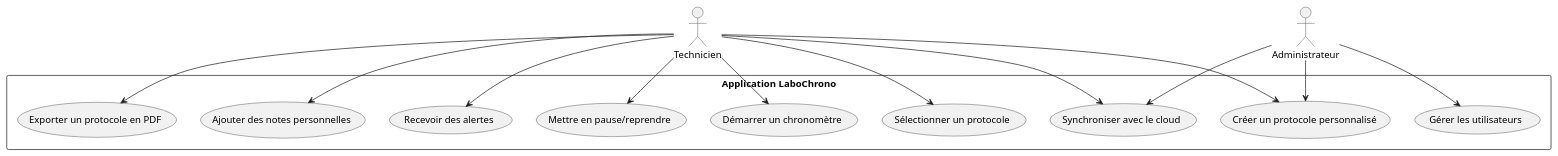
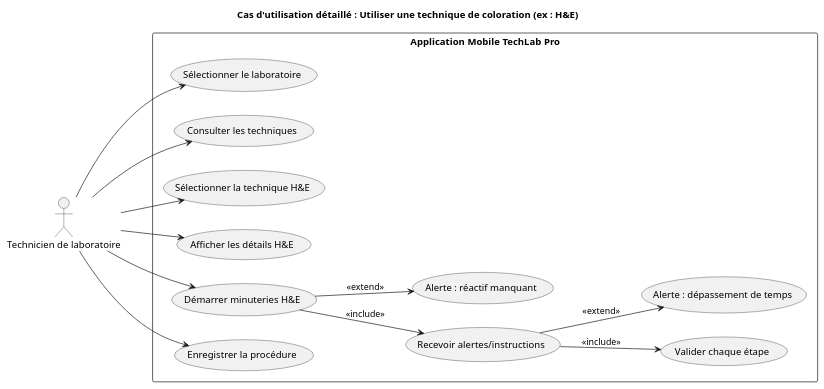
One commit to DevZakariaAz/TechLab-Pro changed the diagram in docs/uml/cas_utilisation.puml. Above: the diagram before and after it, drawn with PlantUML.

Commit message:
cas d'utilisation

```diff
--- a/docs/uml/cas_utilisation.puml
+++ b/docs/uml/cas_utilisation.puml
@@ -1,31 +1,36 @@
 @startuml
 
-actor Technicien
-actor Administrateur
+title Cas d'utilisation détaillé : Utiliser une technique de coloration (ex : H&E)
 
-rectangle "Application LaboChrono" {
-  usecase "Sélectionner un protocole" as UC1
-  usecase "Démarrer un chronomètre" as UC2
-  usecase "Mettre en pause/reprendre" as UC3
-  usecase "Recevoir des alertes" as UC4
-  usecase "Ajouter des notes personnelles" as UC5
-  usecase "Exporter un protocole en PDF" as UC6
-  usecase "Créer un protocole personnalisé" as UC7
-  usecase "Synchroniser avec le cloud" as UC8
-  usecase "Gérer les utilisateurs" as UC9
+actor "Technicien de laboratoire" as TechLab
+left to right direction
+rectangle "Application Mobile TechLab Pro" {
+    
+    usecase UC1 as "Sélectionner le laboratoire"
+    usecase UC2 as "Consulter les techniques"
+    usecase UC3 as "Sélectionner la technique H&E"
+    usecase UC4 as "Afficher les détails H&E"
+    usecase UC5 as "Démarrer minuteries H&E"
+    usecase UC6 as "Recevoir alertes/instructions"
+    usecase UC7 as "Valider chaque étape"
+    usecase UC8 as "Enregistrer la procédure"
+    usecase EXT1 as "Alerte : réactif manquant"
+    usecase EXT2 as "Alerte : dépassement de temps"
 }
 
-Technicien --> UC1
-Technicien --> UC2
-Technicien --> UC3
-Technicien --> UC4
-Technicien --> UC5
-Technicien --> UC6
-Technicien --> UC7
-Technicien --> UC8
+TechLab --> UC1
+TechLab --> UC2
+TechLab --> UC3
+TechLab --> UC4
+TechLab --> UC5
+' TechLab --> UC6
+' TechLab --> UC7
+TechLab --> UC8
 
-Administrateur --> UC9
-Administrateur --> UC7
-Administrateur --> UC8
+UC5 --> UC6 : <<include>>
+UC6 --> UC7 : <<include>>
+
+UC5 --> EXT1 : <<extend>>
+UC6 --> EXT2 : <<extend>>
 
 @enduml
```
